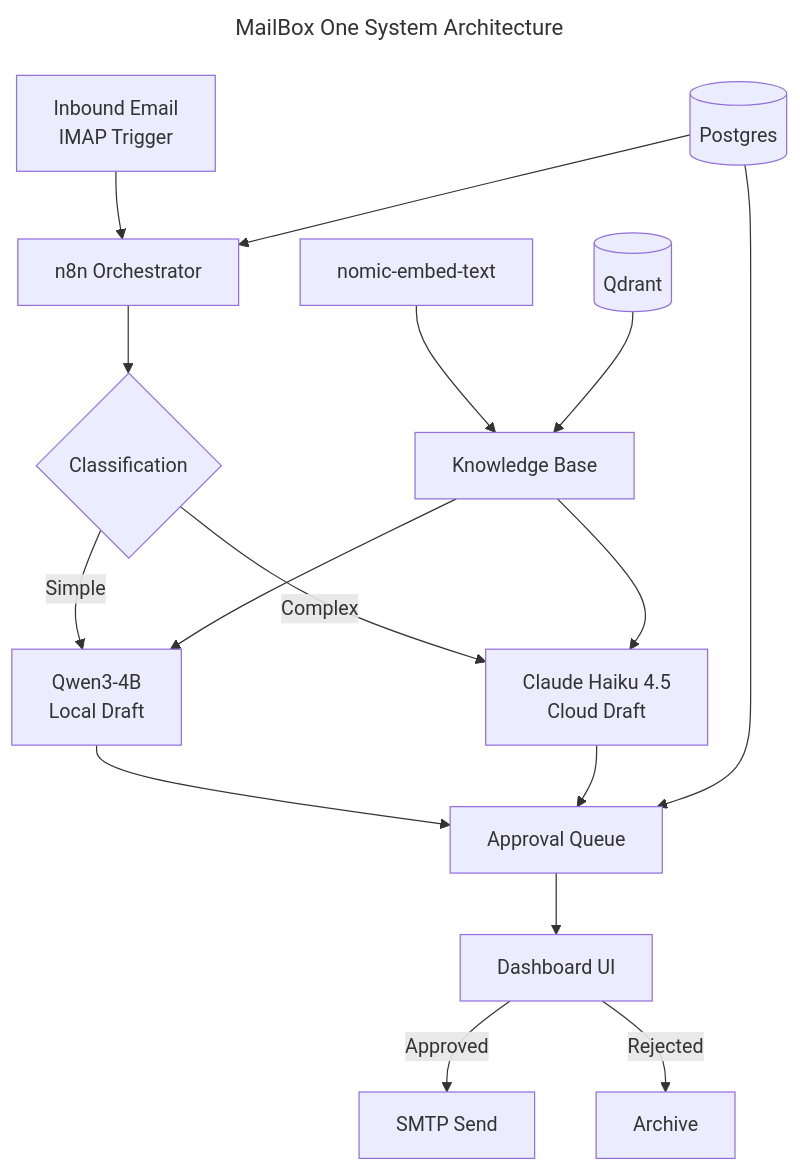
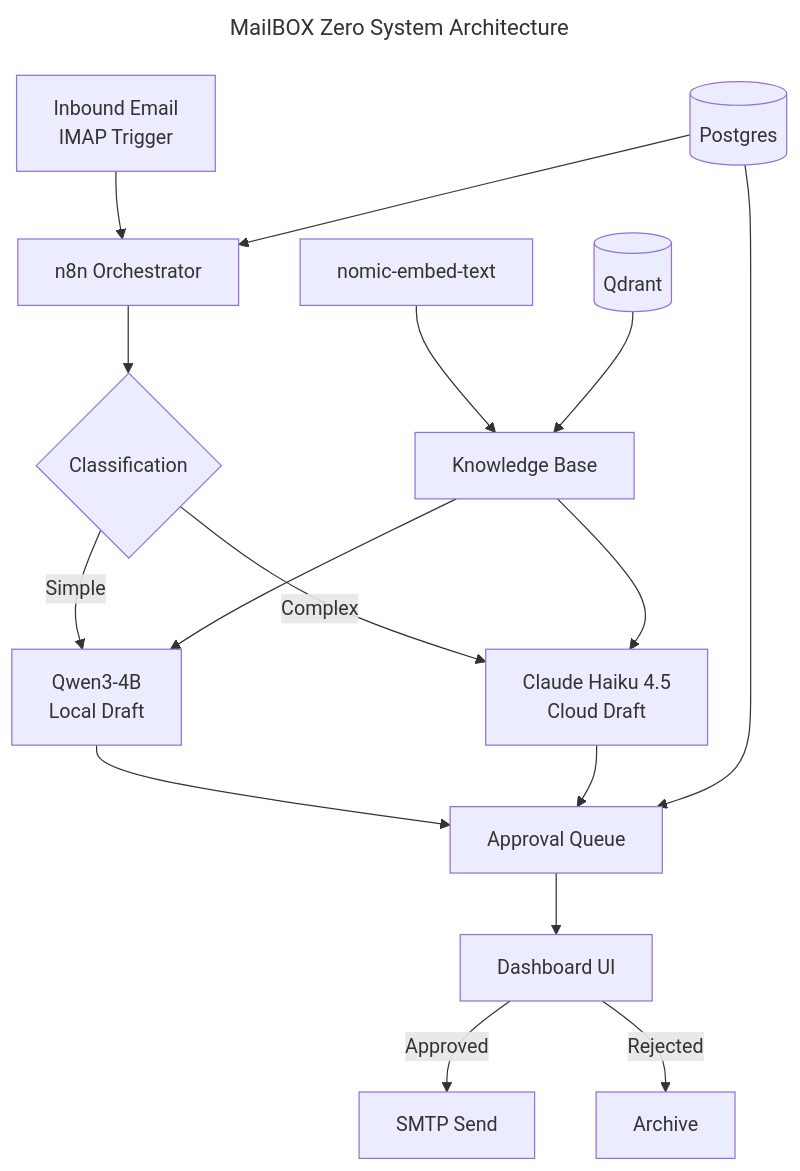
The diagram in README.md (UMB-Advisors/mailbox), drawn with Mermaid before and after one commit. The commit also changed other lines of this file, not shown here.

Commit message:
docs: tighten audience framing, add Who It's For, normalize naming to MailBOX Zero

````diff
--- a/README.md
+++ b/README.md
@@ -58,22 +71,21 @@
 ```mermaid
 ---
-title: MailBox One System Architecture
+title: MailBOX Zero System Architecture
 ---
 flowchart TB
     A[Inbound Email<br>IMAP Trigger] --> B[n8n Orchestrator]
     B --> C{Classification}
     C -->|Simple| D[Qwen3-4B<br>Local Draft]
     C -->|Complex| E[Claude Haiku 4.5<br>Cloud Draft]
     D --> F[Approval Queue]
     E --> F
     F --> G[Dashboard UI]
     G -->|Approved| H[SMTP Send]
     G -->|Rejected| I[Archive]
-
     J[Knowledge Base] --> D
     J --> E
     K[nomic-embed-text] --> J
     L[(Qdrant)] --> J
     M[(Postgres)] --> B
     M --> F
 ```
````
